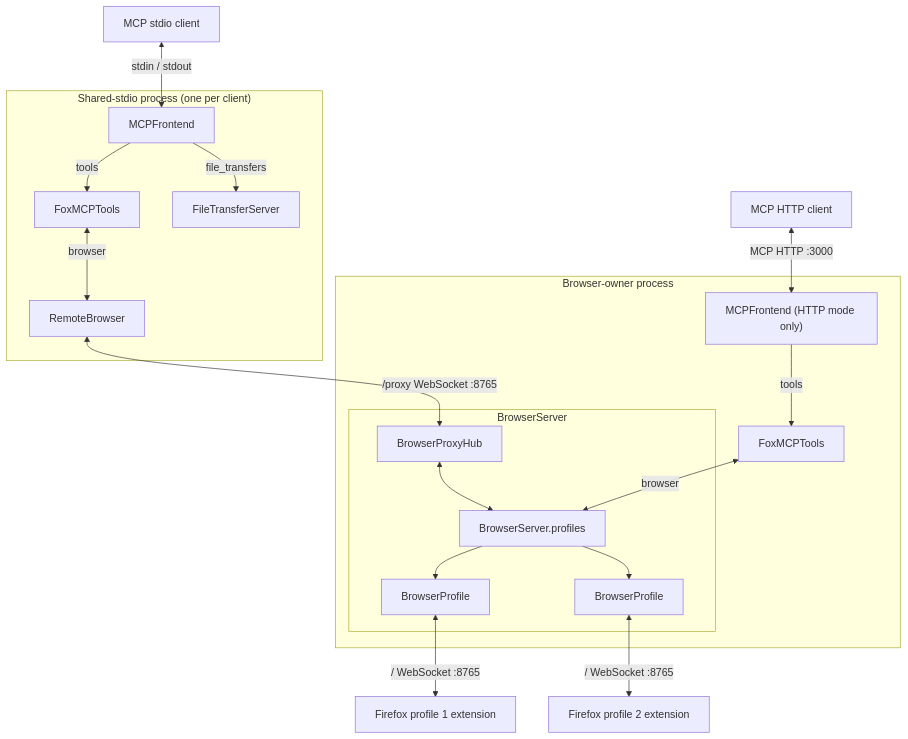
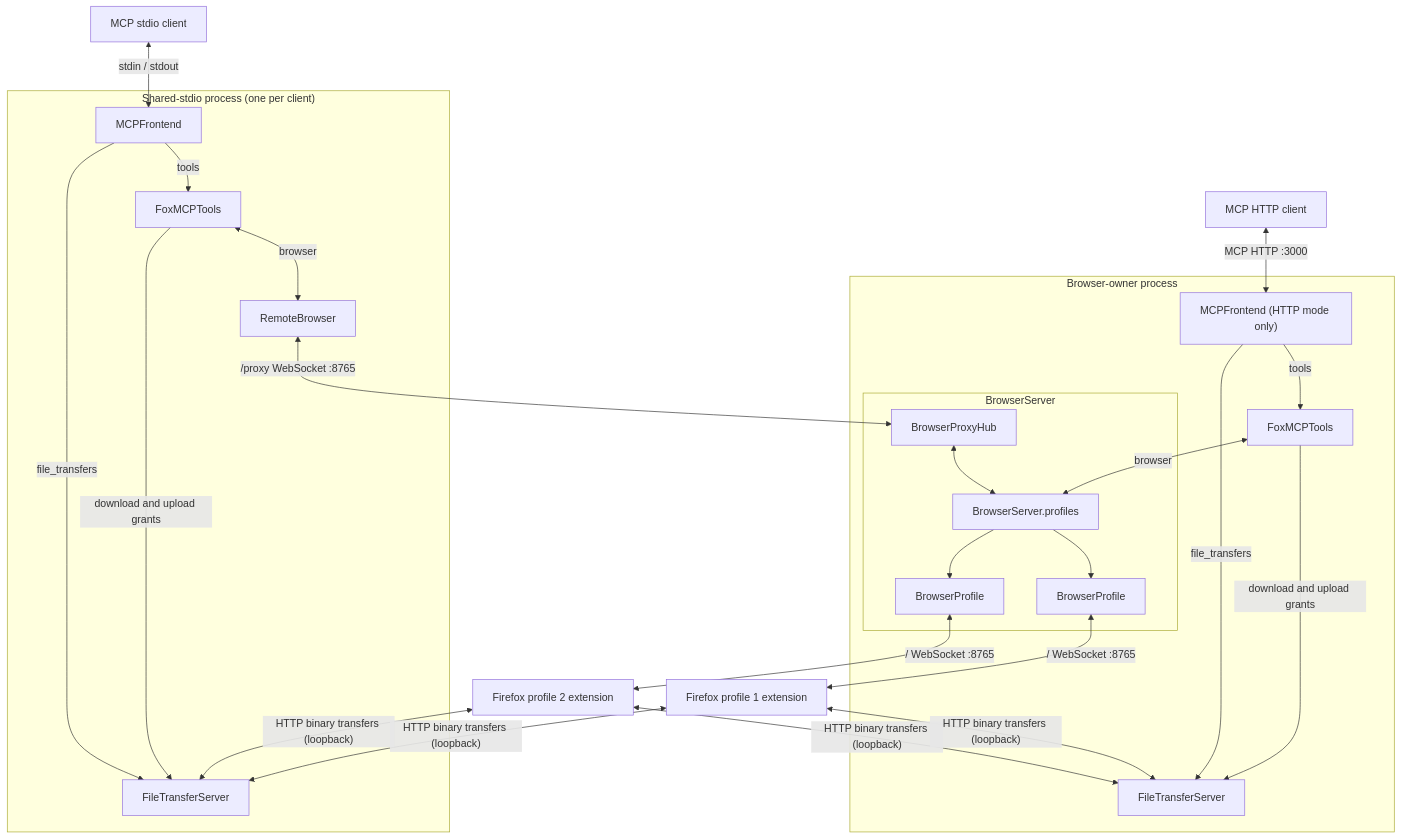
One commit to ThinkerYzu/foxmcp changed the diagram in docs/architecture.md. Above: the diagram before and after it, drawn with Mermaid. The commit also changed other lines of this file and 15 other files, not shown here.

````diff
--- a/docs/architecture.md
+++ b/docs/architecture.md
@@ -11,41 +11,49 @@
 ```mermaid
 flowchart TB
     stdioClient["MCP stdio client"]
     httpClient["MCP HTTP client"]
 
     subgraph stdioProcess["Shared-stdio process (one per client)"]
         frontend["MCPFrontend"]
         tools["FoxMCPTools"]
         remote["RemoteBrowser"]
         files["FileTransferServer"]
         frontend -->|tools| tools
         frontend -->|file_transfers| files
         tools <-->|browser| remote
+        tools -->|download and upload grants| files
     end
 
     subgraph ownerProcess["Browser-owner process"]
         directFrontend["MCPFrontend (HTTP mode only)"]
         directTools["FoxMCPTools"]
+        directFiles["FileTransferServer"]
         directFrontend -->|tools| directTools
+        directFrontend -->|file_transfers| directFiles
+        directTools -->|download and upload grants| directFiles
 
         subgraph browserServer["BrowserServer"]
             hub["BrowserProxyHub"]
             profiles["BrowserServer.profiles"]
             profile1["BrowserProfile"]
             profile2["BrowserProfile"]
             hub <--> profiles
             profiles --> profile1
             profiles --> profile2
         end
         directTools <-->|browser| profiles
     end
 
     firefox1["Firefox profile 1 extension"]
     firefox2["Firefox profile 2 extension"]
 
     stdioClient <-->|"stdin / stdout"| frontend
     remote <-->|"/proxy WebSocket :8765"| hub
     httpClient <-->|"MCP HTTP :3000"| directFrontend
     profile1 <-->|"/ WebSocket :8765"| firefox1
     profile2 <-->|"/ WebSocket :8765"| firefox2
+    firefox1 <-->|"HTTP binary transfers (loopback)"| files
+    firefox2 <-->|"HTTP binary transfers (loopback)"| files
+    firefox1 <-->|"HTTP binary transfers (loopback)"| directFiles
+    firefox2 <-->|"HTTP binary transfers (loopback)"| directFiles
 ```
````
